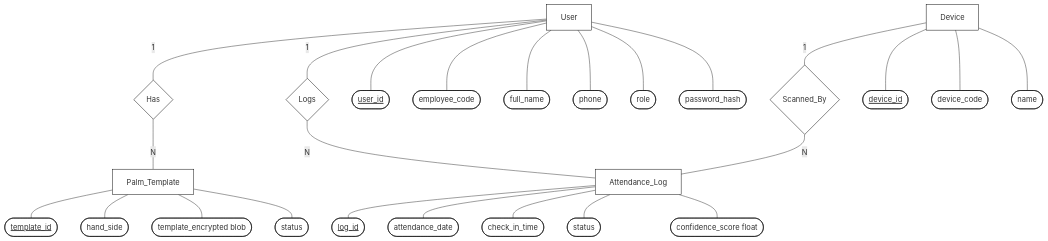
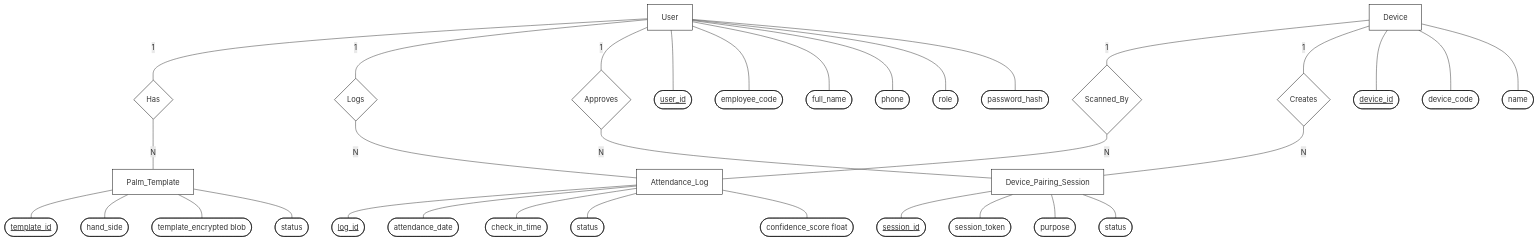
The second of 2 diagrams in USER_MANUAL.md (Touy2004/palm-back-end), drawn with Mermaid before and after one commit.

Commit message:
docs: Add DevicePairingSession to Chen ER diagram

````diff
--- a/USER_MANUAL.md
+++ b/USER_MANUAL.md
@@ -127,16 +127,21 @@
     PalmTemplate[Palm_Template]:::entity
     AttendanceLog[Attendance_Log]:::entity
     Device[Device]:::entity
+    DevicePairingSession[Device_Pairing_Session]:::entity
 
     %% Relationships
     Has{Has}:::relationship
     Logs{Logs}:::relationship
     ScannedBy{Scanned_By}:::relationship
+    Creates{Creates}:::relationship
+    Approves{Approves}:::relationship
 
     %% Connections for relationships
     User ---|1| Has ---|N| PalmTemplate
     User ---|1| Logs ---|N| AttendanceLog
     Device ---|1| ScannedBy ---|N| AttendanceLog
+    Device ---|1| Creates ---|N| DevicePairingSession
+    User ---|1| Approves ---|N| DevicePairingSession
 
     %% Attributes for User
     U_ID([user_id]):::primaryKey
@@ -185,4 +190,15 @@
     Device --- D_ID
     Device --- D_Code
     Device --- D_Name
+
+    %% Attributes for DevicePairingSession
+    DPS_ID([session_id]):::primaryKey
+    DPS_Token([session_token]):::attribute
+    DPS_Purpose([purpose]):::attribute
+    DPS_Status([status]):::attribute
+
+    DevicePairingSession --- DPS_ID
+    DevicePairingSession --- DPS_Token
+    DevicePairingSession --- DPS_Purpose
+    DevicePairingSession --- DPS_Status
 ```
````
